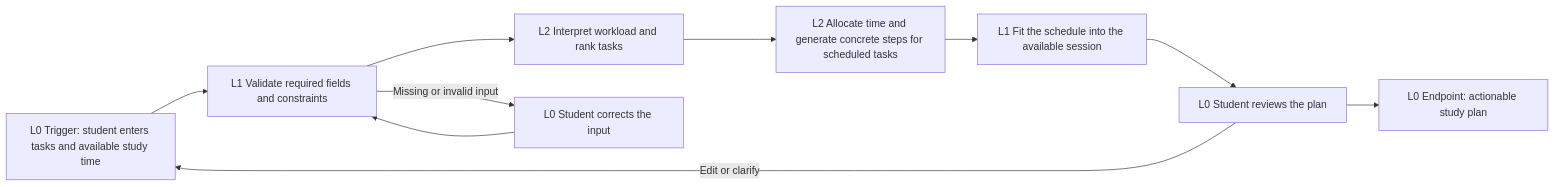
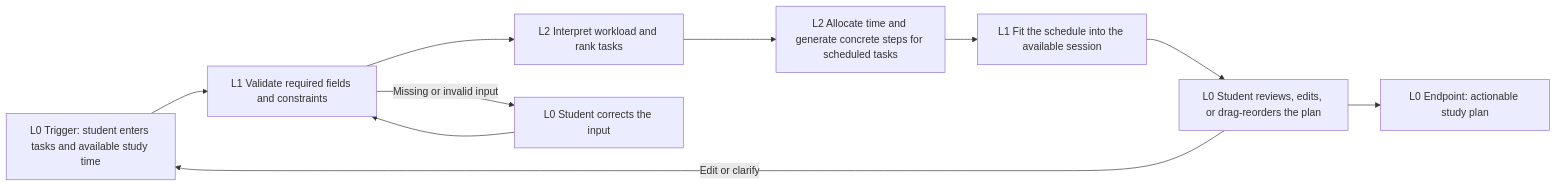
Before and after one commit to mbuddhal/Build-a-thon: the diagram in outputs/study-planner-workflow-sketch.md, drawn with Mermaid. The commit also changed other lines of this file and 7 other files, not shown here.

````diff
--- a/outputs/study-planner-workflow-sketch.md
+++ b/outputs/study-planner-workflow-sketch.md
@@ -5,14 +5,14 @@
 ```mermaid
 flowchart LR
     A[L0 Trigger: student enters tasks and available study time]
     --> B[L1 Validate required fields and constraints]
     --> C[L2 Interpret workload and rank tasks]
     --> D[L2 Allocate time and generate concrete steps for scheduled tasks]
     --> E[L1 Fit the schedule into the available session]
-    --> F[L0 Student reviews the plan]
+    --> F[L0 Student reviews, edits, or drag-reorders the plan]
     --> G[L0 Endpoint: actionable study plan]
 
     F -->|Edit or clarify| A
     B -->|Missing or invalid input| H[L0 Student corrects the input]
     H --> B
 ```
````
